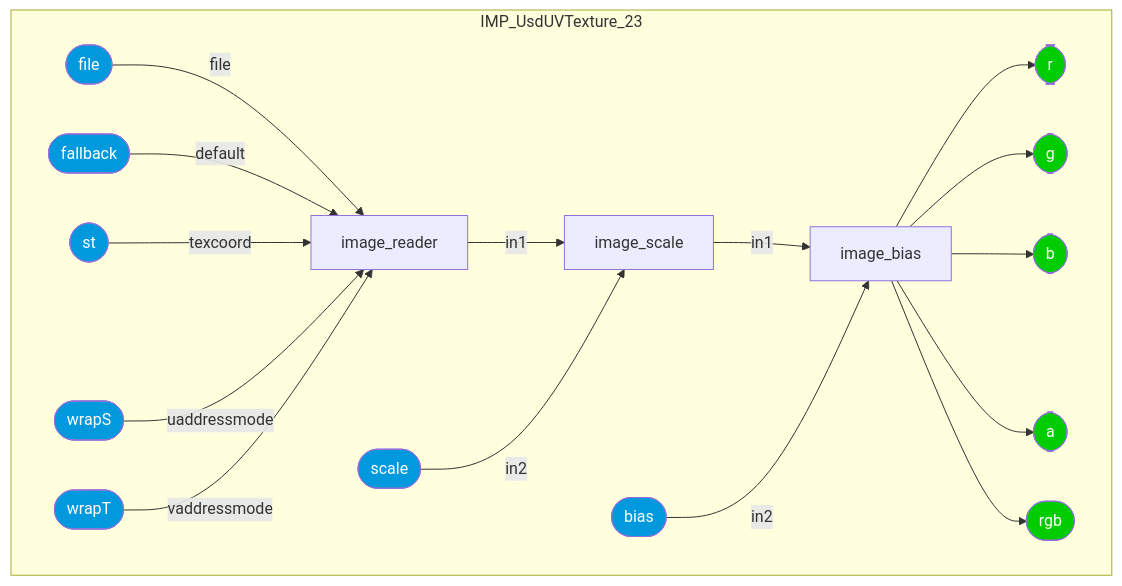
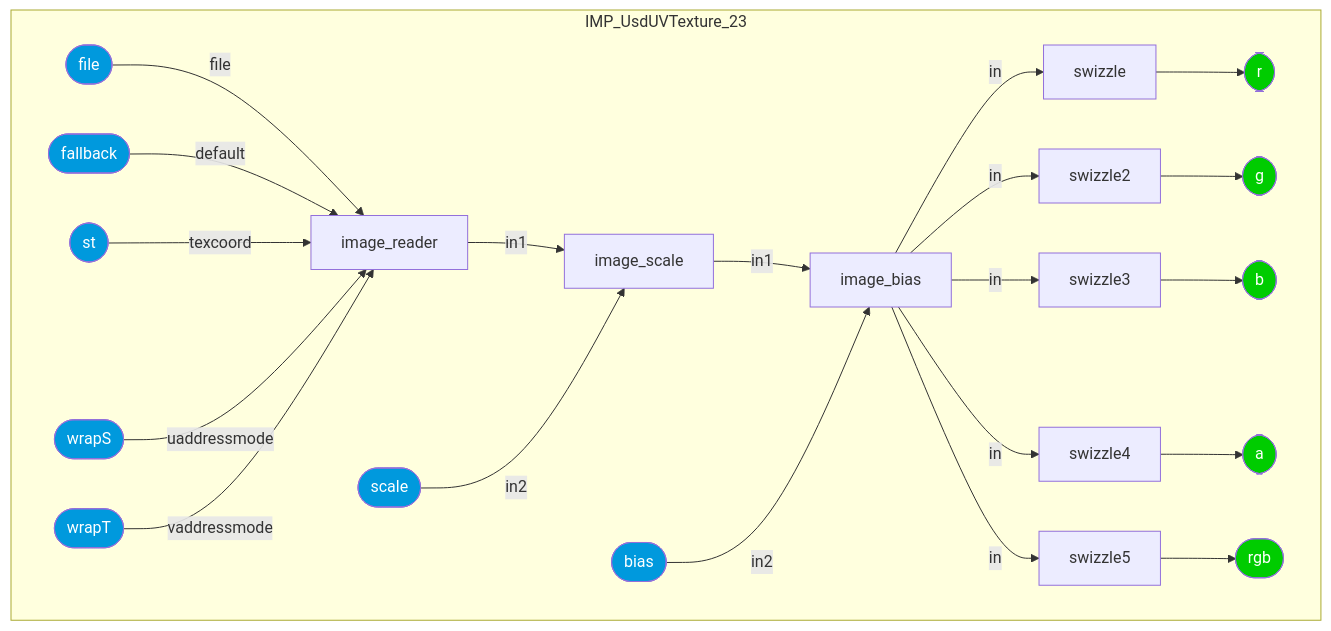
One commit to kwokcb/MaterialX_Learn changed diagram 14 of 36 in documents/definitions/bxdf_doc.md. Above: the diagram before and after it, drawn with Mermaid. The commit also changed other lines of this file and 934 other files, not shown here.

````diff
--- a/documents/definitions/bxdf_doc.md
+++ b/documents/definitions/bxdf_doc.md
@@ -2228,46 +2220,56 @@
 ```mermaid
 graph TB
     subgraph IMP_UsdUVTexture_23
     IMP_UsdUVTexture_23_image_reader[image_reader]
     IMP_UsdUVTexture_23_image_scale[image_scale]
     IMP_UsdUVTexture_23_image_bias[image_bias]
+    IMP_UsdUVTexture_23_swizzle[swizzle]
     style IMP_UsdUVTexture_23_r  fill:#0C0, color:#FFF
     IMP_UsdUVTexture_23_r([r])
+    IMP_UsdUVTexture_23_swizzle2[swizzle2]
     style IMP_UsdUVTexture_23_g  fill:#0C0, color:#FFF
     IMP_UsdUVTexture_23_g([g])
+    IMP_UsdUVTexture_23_swizzle3[swizzle3]
     style IMP_UsdUVTexture_23_b  fill:#0C0, color:#FFF
     IMP_UsdUVTexture_23_b([b])
+    IMP_UsdUVTexture_23_swizzle4[swizzle4]
     style IMP_UsdUVTexture_23_a  fill:#0C0, color:#FFF
     IMP_UsdUVTexture_23_a([a])
+    IMP_UsdUVTexture_23_swizzle5[swizzle5]
     style IMP_UsdUVTexture_23_rgb  fill:#0C0, color:#FFF
     IMP_UsdUVTexture_23_rgb([rgb])
     style IMP_UsdUVTexture_23_file  fill:#09D, color:#FFF
     IMP_UsdUVTexture_23_file([file])
     style IMP_UsdUVTexture_23_fallback  fill:#09D, color:#FFF
     IMP_UsdUVTexture_23_fallback([fallback])
     style IMP_UsdUVTexture_23_st  fill:#09D, color:#FFF
     IMP_UsdUVTexture_23_st([st])
     style IMP_UsdUVTexture_23_wrapS  fill:#09D, color:#FFF
     IMP_UsdUVTexture_23_wrapS([wrapS])
     style IMP_UsdUVTexture_23_wrapT  fill:#09D, color:#FFF
     IMP_UsdUVTexture_23_wrapT([wrapT])
     style IMP_UsdUVTexture_23_scale  fill:#09D, color:#FFF
     IMP_UsdUVTexture_23_scale([scale])
     style IMP_UsdUVTexture_23_bias  fill:#09D, color:#FFF
     IMP_UsdUVTexture_23_bias([bias])
     end
     IMP_UsdUVTexture_23_file --"file"--> IMP_UsdUVTexture_23_image_reader
     IMP_UsdUVTexture_23_fallback --"default"--> IMP_UsdUVTexture_23_image_reader
     IMP_UsdUVTexture_23_st --"texcoord"--> IMP_UsdUVTexture_23_image_reader
     IMP_UsdUVTexture_23_wrapS --"uaddressmode"--> IMP_UsdUVTexture_23_image_reader
     IMP_UsdUVTexture_23_wrapT --"vaddressmode"--> IMP_UsdUVTexture_23_image_reader
     IMP_UsdUVTexture_23_image_reader --"in1"--> IMP_UsdUVTexture_23_image_scale
     IMP_UsdUVTexture_23_scale --"in2"--> IMP_UsdUVTexture_23_image_scale
     IMP_UsdUVTexture_23_image_scale --"in1"--> IMP_UsdUVTexture_23_image_bias
     IMP_UsdUVTexture_23_bias --"in2"--> IMP_UsdUVTexture_23_image_bias
-    IMP_UsdUVTexture_23_image_bias --> IMP_UsdUVTexture_23_r
-    IMP_UsdUVTexture_23_image_bias --> IMP_UsdUVTexture_23_g
-    IMP_UsdUVTexture_23_image_bias --> IMP_UsdUVTexture_23_b
-    IMP_UsdUVTexture_23_image_bias --> IMP_UsdUVTexture_23_a
-    IMP_UsdUVTexture_23_image_bias --> IMP_UsdUVTexture_23_rgb
+    IMP_UsdUVTexture_23_image_bias --"in"--> IMP_UsdUVTexture_23_swizzle
+    IMP_UsdUVTexture_23_swizzle --> IMP_UsdUVTexture_23_r
+    IMP_UsdUVTexture_23_image_bias --"in"--> IMP_UsdUVTexture_23_swizzle2
+    IMP_UsdUVTexture_23_swizzle2 --> IMP_UsdUVTexture_23_g
+    IMP_UsdUVTexture_23_image_bias --"in"--> IMP_UsdUVTexture_23_swizzle3
+    IMP_UsdUVTexture_23_swizzle3 --> IMP_UsdUVTexture_23_b
+    IMP_UsdUVTexture_23_image_bias --"in"--> IMP_UsdUVTexture_23_swizzle4
+    IMP_UsdUVTexture_23_swizzle4 --> IMP_UsdUVTexture_23_a
+    IMP_UsdUVTexture_23_image_bias --"in"--> IMP_UsdUVTexture_23_swizzle5
+    IMP_UsdUVTexture_23_swizzle5 --> IMP_UsdUVTexture_23_rgb
 ```
````
